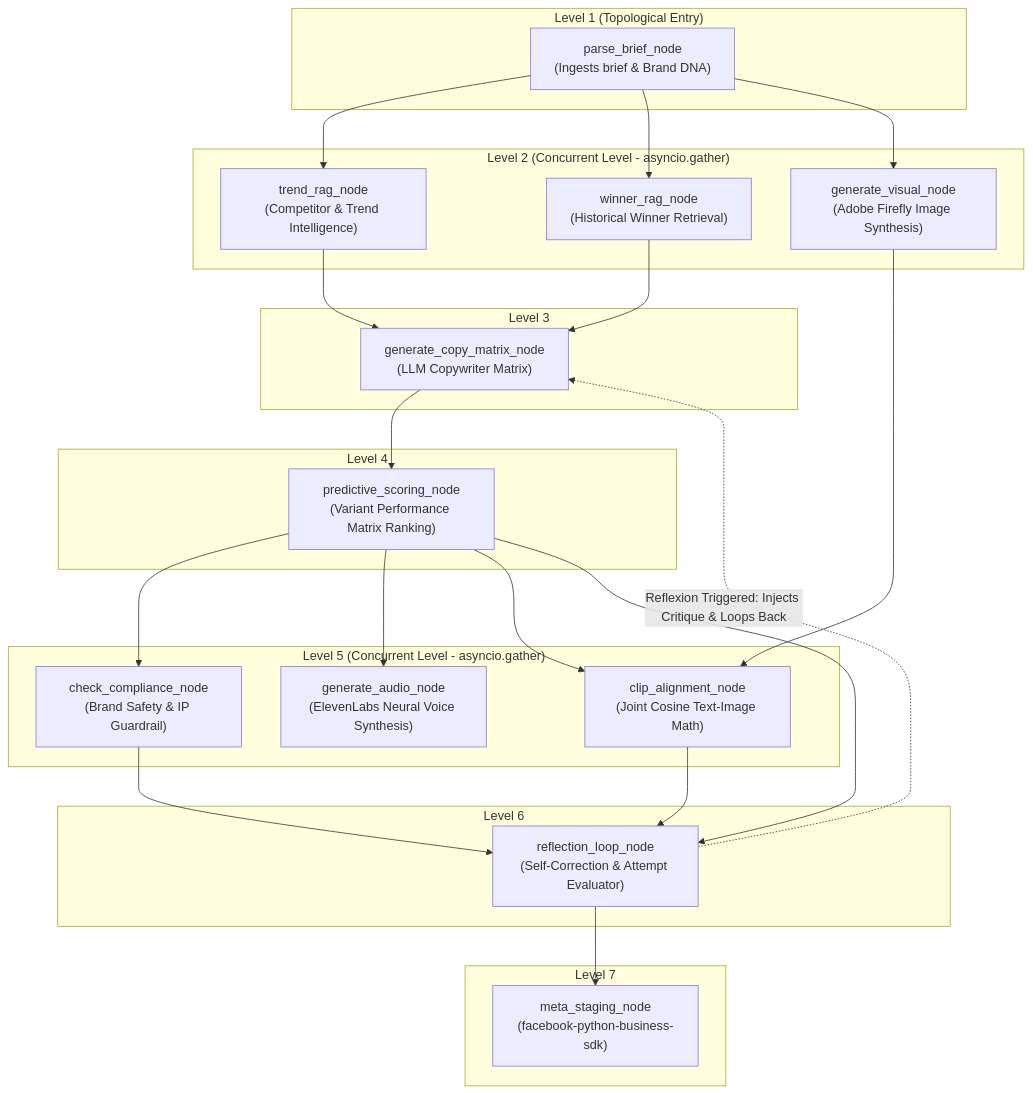
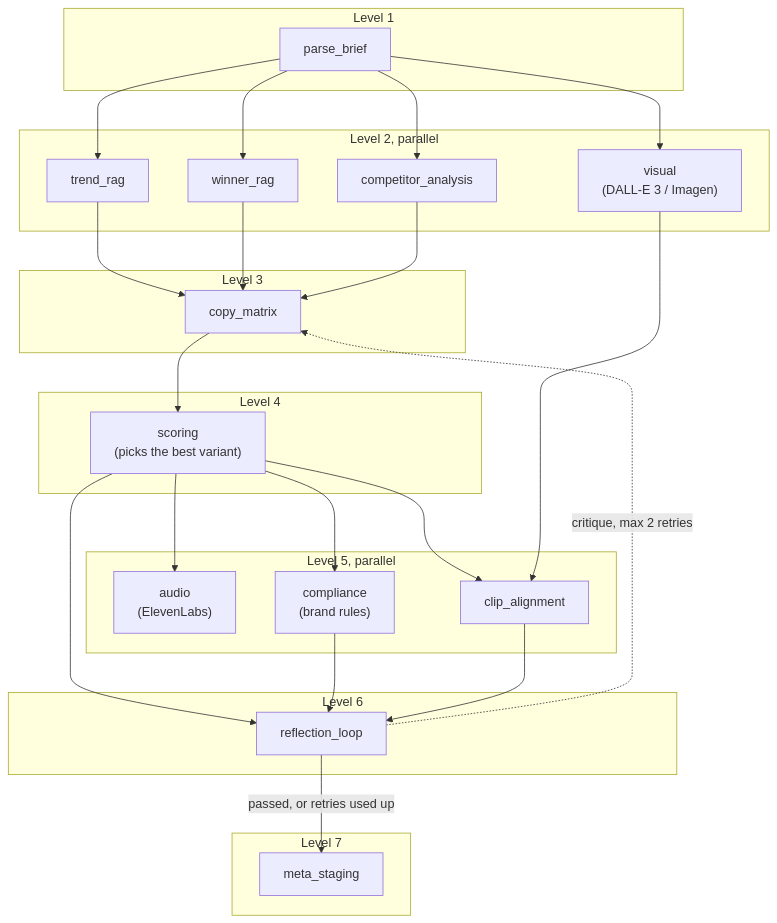
Before and after one commit to Somay-kousis/pcop: the diagram in README.md, drawn with Mermaid. The commit also changed other lines of this file, not shown here.

````diff
--- a/README.md
+++ b/README.md
@@ -18,58 +19,38 @@
 ```mermaid
 flowchart TD
-    subgraph L1["Level 1 (Topological Entry)"]
-        N1["parse_brief_node\n(Ingests brief & Brand DNA)"]
+    subgraph L1["Level 1"]
+        N1["parse_brief"]
+    end
+    subgraph L2["Level 2, parallel"]
+        N2["trend_rag"]
+        N3["winner_rag"]
+        N4["visual<br/>(DALL-E 3 / Imagen)"]
+        N5["competitor_analysis"]
+    end
+    subgraph L3["Level 3"]
+        N6["copy_matrix"]
+    end
+    subgraph L4["Level 4"]
+        N7["scoring<br/>(picks the best variant)"]
+    end
+    subgraph L5["Level 5, parallel"]
+        N8["audio<br/>(ElevenLabs)"]
+        N9["compliance<br/>(brand rules)"]
+        N10["clip_alignment"]
+    end
+    subgraph L6["Level 6"]
+        N11["reflection_loop"]
+    end
+    subgraph L7["Level 7"]
+        N12["meta_staging"]
     end
 
-    subgraph L2["Level 2 (Concurrent Level - asyncio.gather)"]
-        N2["trend_rag_node\n(Competitor & Trend Intelligence)"]
-        N3["winner_rag_node\n(Historical Winner Retrieval)"]
-        N4["generate_visual_node\n(Adobe Firefly Image Synthesis)"]
-    end
-
-    subgraph L3["Level 3"]
-        N5["generate_copy_matrix_node\n(LLM Copywriter Matrix)"]
-    end
-
-    subgraph L4["Level 4"]
-        N6["predictive_scoring_node\n(Variant Performance Matrix Ranking)"]
-    end
-
-    subgraph L5["Level 5 (Concurrent Level - asyncio.gather)"]
-        N7["check_compliance_node\n(Brand Safety & IP Guardrail)"]
-        N8["clip_alignment_node\n(Joint Cosine Text-Image Math)"]
-        N9["generate_audio_node\n(ElevenLabs Neural Voice Synthesis)"]
-    end
-
-    subgraph L6["Level 6"]
-        N10["reflection_loop_node\n(Self-Correction & Attempt Evaluator)"]
-    end
-
-    subgraph L7["Level 7"]
-        N11["meta_staging_node\n(facebook-python-business-sdk)"]
-    end
-
-    %% Dependency Connections
-    N1 --> N2
-    N1 --> N3
-    N1 --> N4
-
-    N2 --> N5
-    N3 --> N5
-
-    N5 --> N6
-
+    N1 --> N2 & N3 & N4 & N5
+    N2 & N3 & N5 --> N6
     N6 --> N7
-    N6 --> N9
-    N6 --> N8
-    N4 --> N8
-
-    N7 --> N10
-    N8 --> N10
-    N6 --> N10
-
-    N10 --> N11
-
-    %% Reflexion Supervisor Loop Connection
-    N10 -.->|Reflexion Triggered: Injects Critique & Loops Back| N5
+    N7 --> N8 & N9 & N10
+    N4 --> N10
+    N7 & N9 & N10 --> N11
+    N11 -->|passed, or retries used up| N12
+    N11 -.->|critique, max 2 retries| N6
 ```
````
